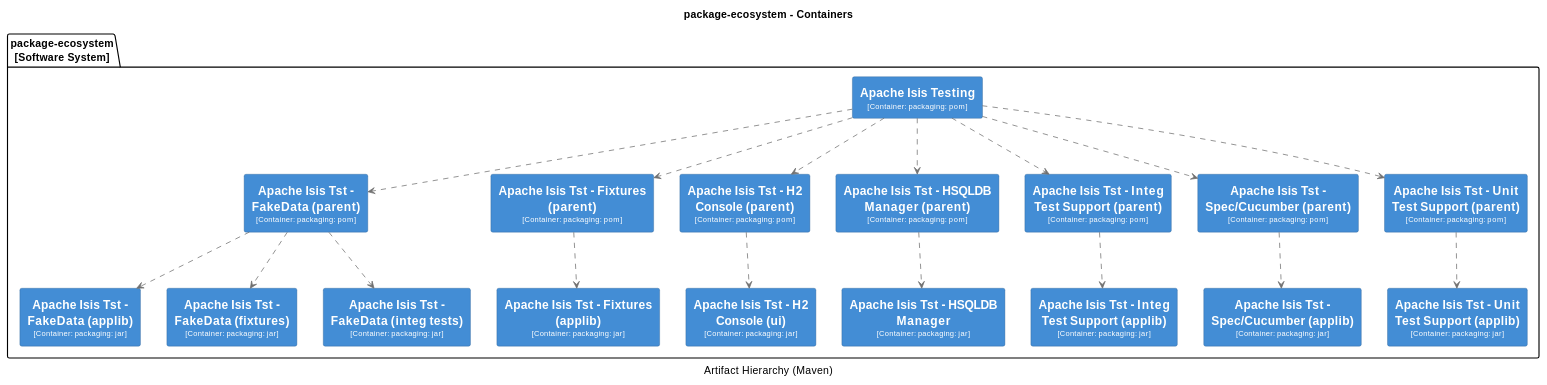
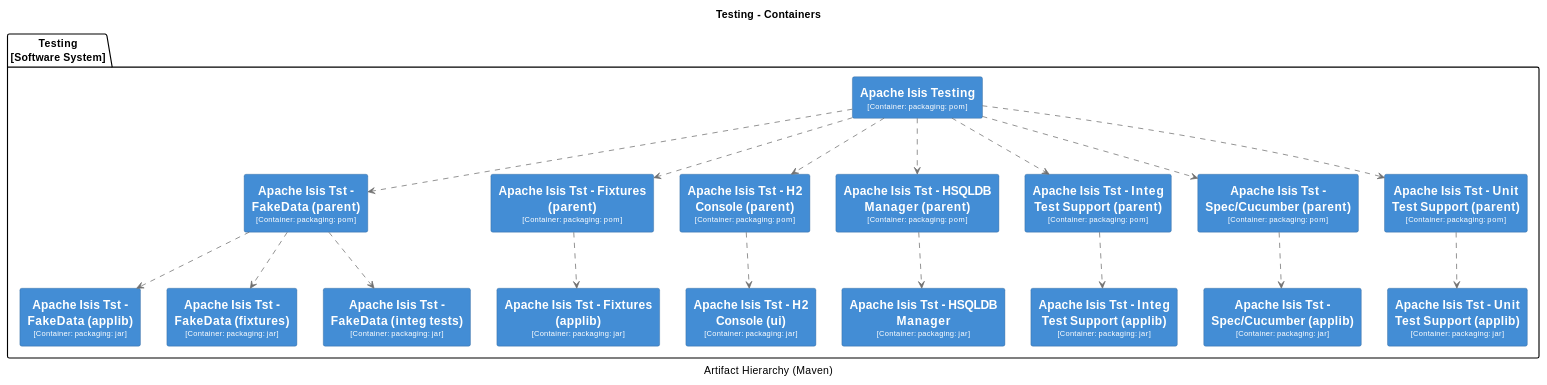
Before and after one commit to apache/causeway: diagram 11 of 18 in antora/components/system/modules/ROOT/pages/system-overview.adoc, drawn with PlantUML. The commit also changed other lines of this file and 1 other file, not shown here.

Commit message:
ISIS-2473: system overview: more meaningful diagram titles

```diff
--- a/antora/components/system/modules/ROOT/pages/system-overview.adoc
+++ b/antora/components/system/modules/ROOT/pages/system-overview.adoc
@@ -2279,7 +2279,7 @@
 [plantuml,Testing,svg]
 ----
 @startuml(id=Testing)
-title package-ecosystem - Containers
+title Testing - Containers
 caption Artifact Hierarchy (Maven)
 
 skinparam {
@@ -2375,7 +2375,7 @@
   FontColor #fffffe
   BorderColor #2E6295
 }
-package "package-ecosystem\n[Software System]" {
+package "Testing\n[Software System]" {
   rectangle "==Apache Isis Testing\n<size:10>[Container: packaging: pom]</size>" <<2>> as 2
   rectangle "==Apache Isis Tst - FakeData (applib)\n<size:10>[Container: packaging: jar]</size>" <<4>> as 4
   rectangle "==Apache Isis Tst - FakeData (fixtures)\n<size:10>[Container: packaging: jar]</size>" <<5>> as 5
```
